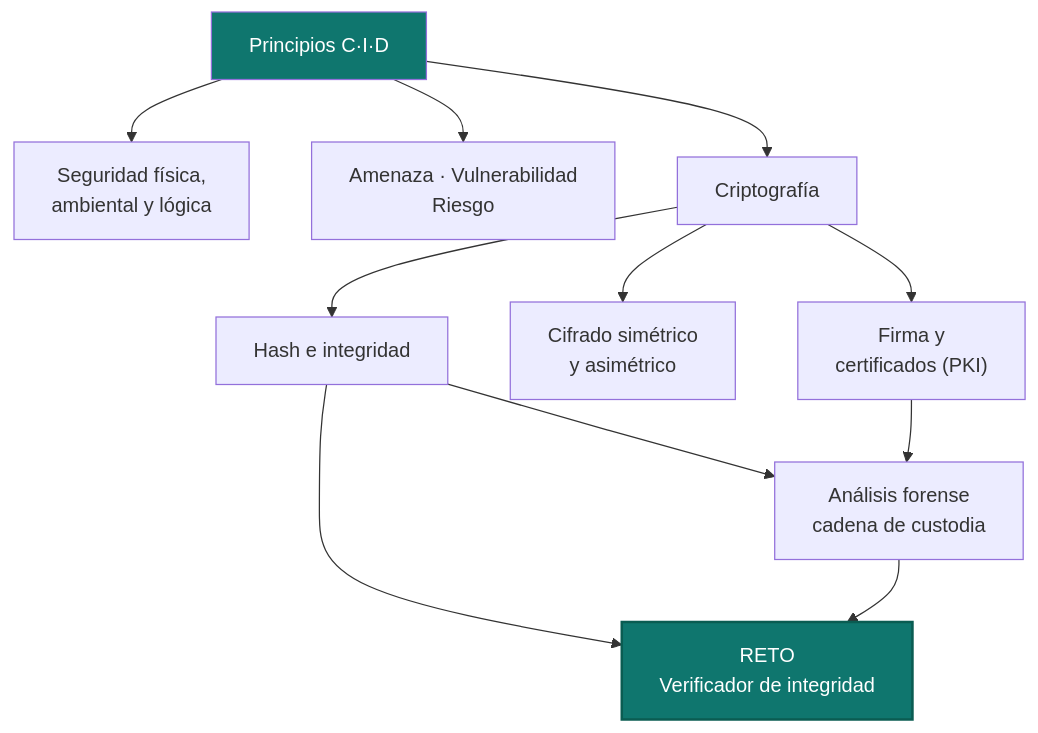
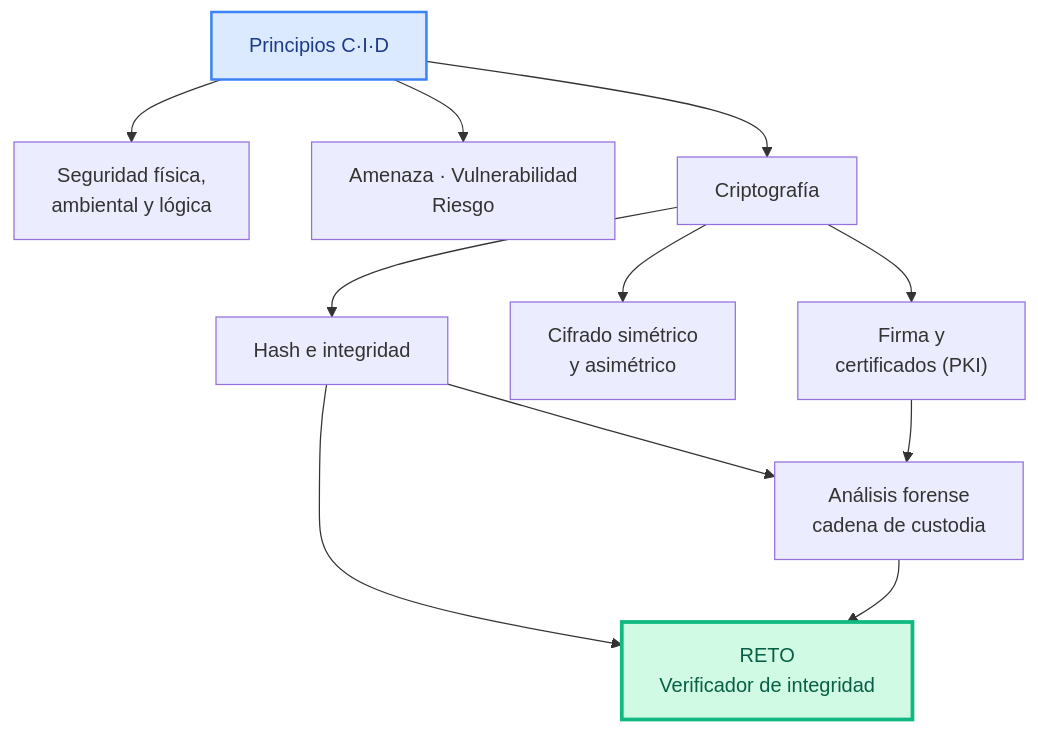
The first of 9 diagrams in docs/ud1/index.md (campusdevfp/cybersec2627), drawn with Mermaid before and after one commit. The commit also changed other lines of this file and 5 other files, not shown here.

````diff
--- a/docs/ud1/index.md
+++ b/docs/ud1/index.md
@@ -10,15 +10,15 @@
 ```mermaid
 flowchart TB
     A["Principios C·I·D"] --> B["Seguridad física,<br/>ambiental y lógica"]
     A --> R["Amenaza · Vulnerabilidad<br/>Riesgo"]
     A --> C["Criptografía"]
     C --> C1["Hash e integridad"]
     C --> C2["Cifrado simétrico<br/>y asimétrico"]
     C --> C3["Firma y<br/>certificados (PKI)"]
     C1 --> D["Análisis forense<br/>cadena de custodia"]
     C3 --> D
     C1 --> P["RETO<br/>Verificador de integridad"]
     D --> P
-    style P fill:#0f766e,color:#fff,stroke:#0a5c52,stroke-width:2px
-    style A fill:#0f766e,color:#fff
+    style P fill:#d1fae5,color:#065f46,stroke:#10b981,stroke-width:3px
+    style A fill:#dbeafe,color:#1e3a8a,stroke:#3b82f6,stroke-width:2px
 ```
````
